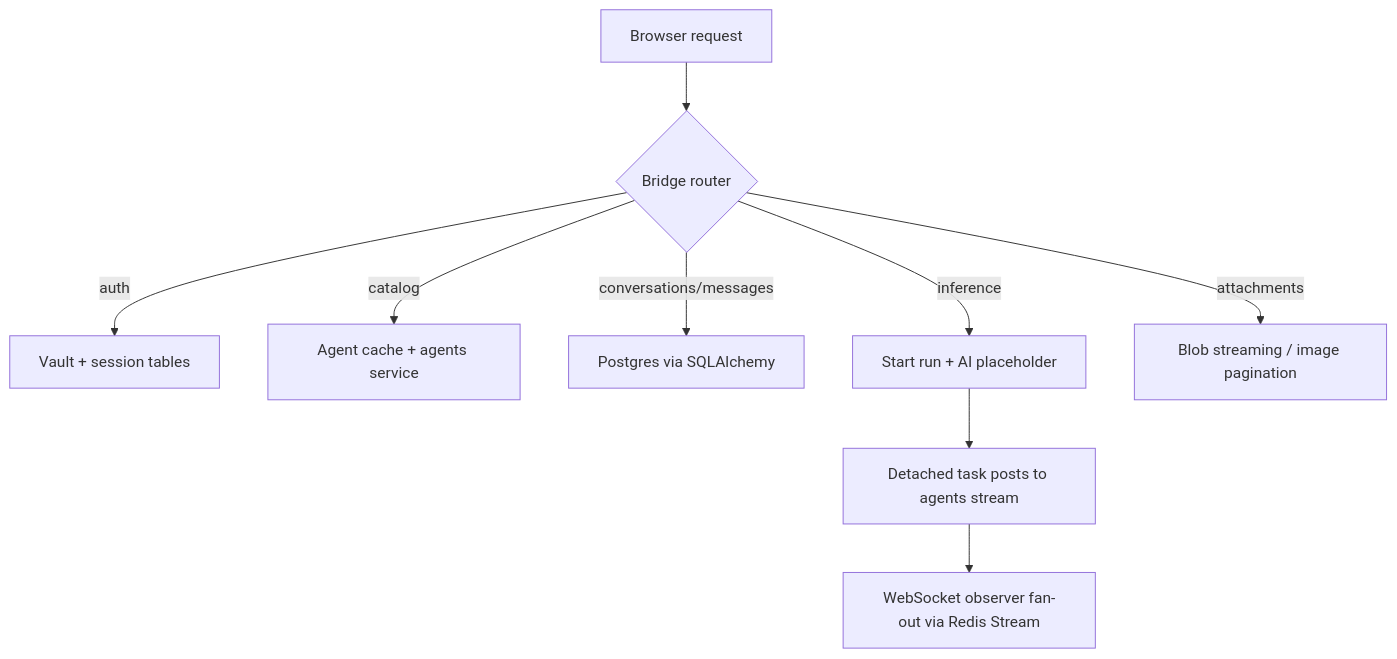
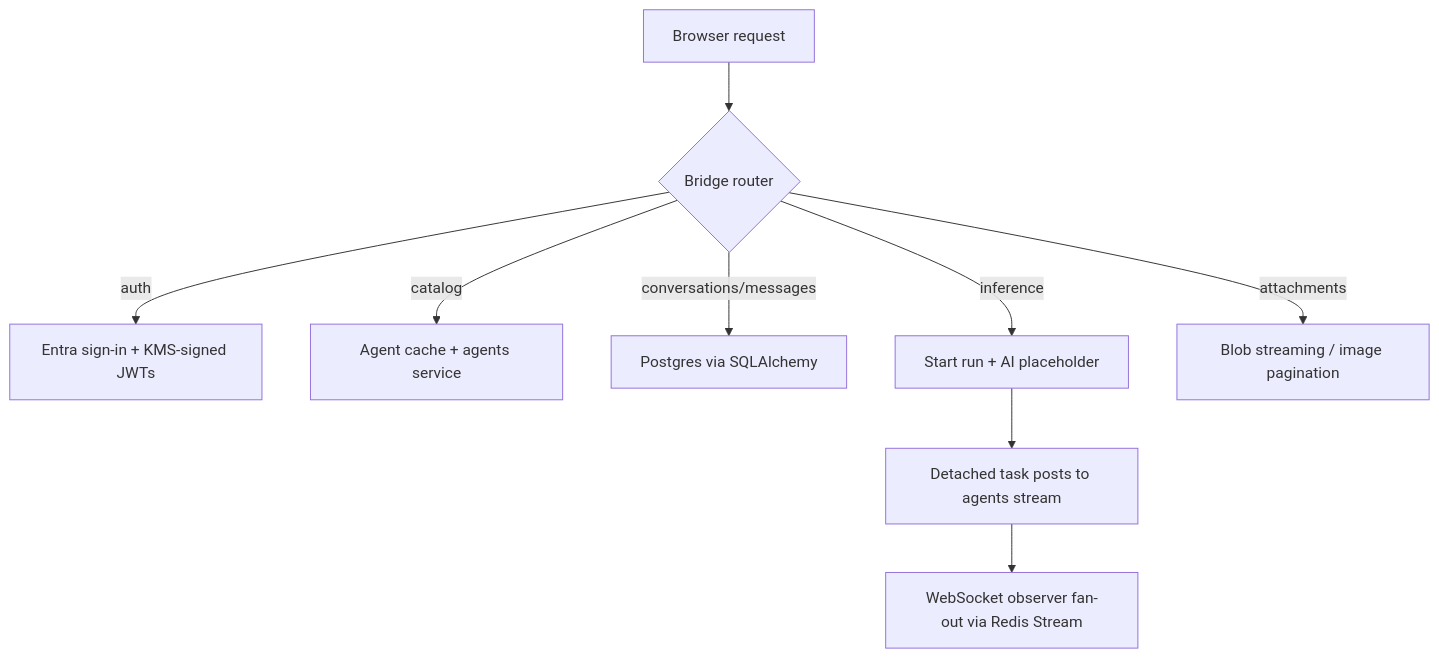
The second of 7 diagrams in magenticx/dialogue_bridge/README.md (konstantinosmpouros/mAgenticX), drawn with Mermaid before and after one commit. The commit also changed other lines of this file and 44 other files, not shown here.

Commit message:
feat(dialogue_bridge,agentic_ui): make Microsoft Entra SSO the only login and sign session tokens with an OCI KMS HSM key instead of Vault

````diff
--- a/magenticx/dialogue_bridge/README.md
+++ b/magenticx/dialogue_bridge/README.md
@@ -70,11 +71,11 @@
 ```mermaid
 flowchart TD
     A[Browser request] --> B{Bridge router}
-    B -->|auth| C[Vault + session tables]
+    B -->|auth| C[Entra sign-in + KMS-signed JWTs]
     B -->|catalog| D[Agent cache + agents service]
     B -->|conversations/messages| E[Postgres via SQLAlchemy]
     B -->|inference| F[Start run + AI placeholder]
     F --> G[Detached task posts to agents stream]
     G --> H[WebSocket observer fan-out via Redis Stream]
     B -->|attachments| I[Blob streaming / image pagination]
 ```
````
